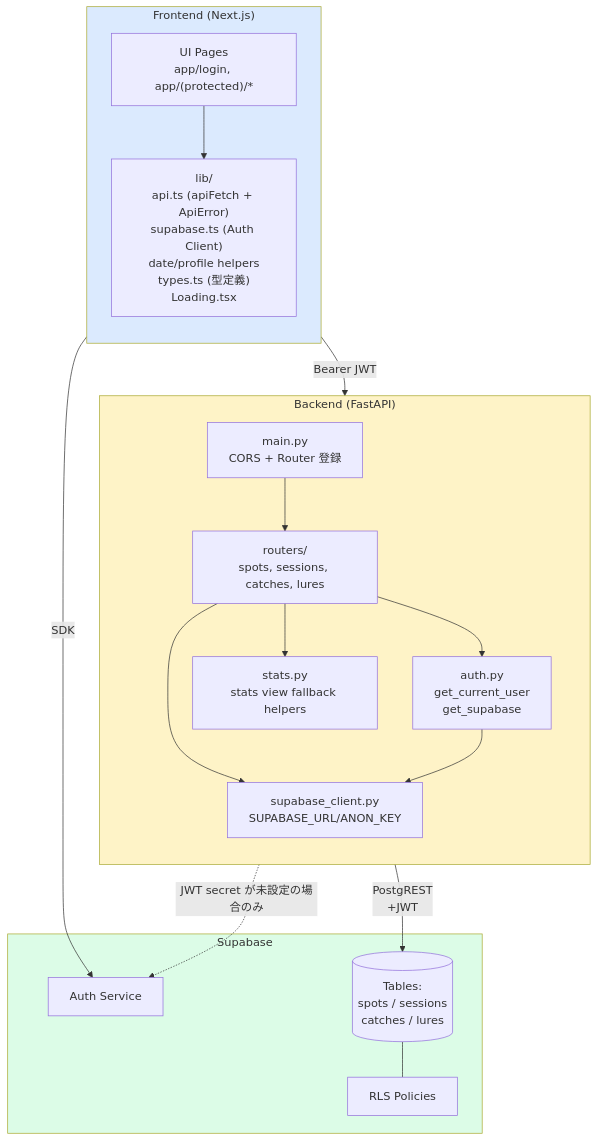
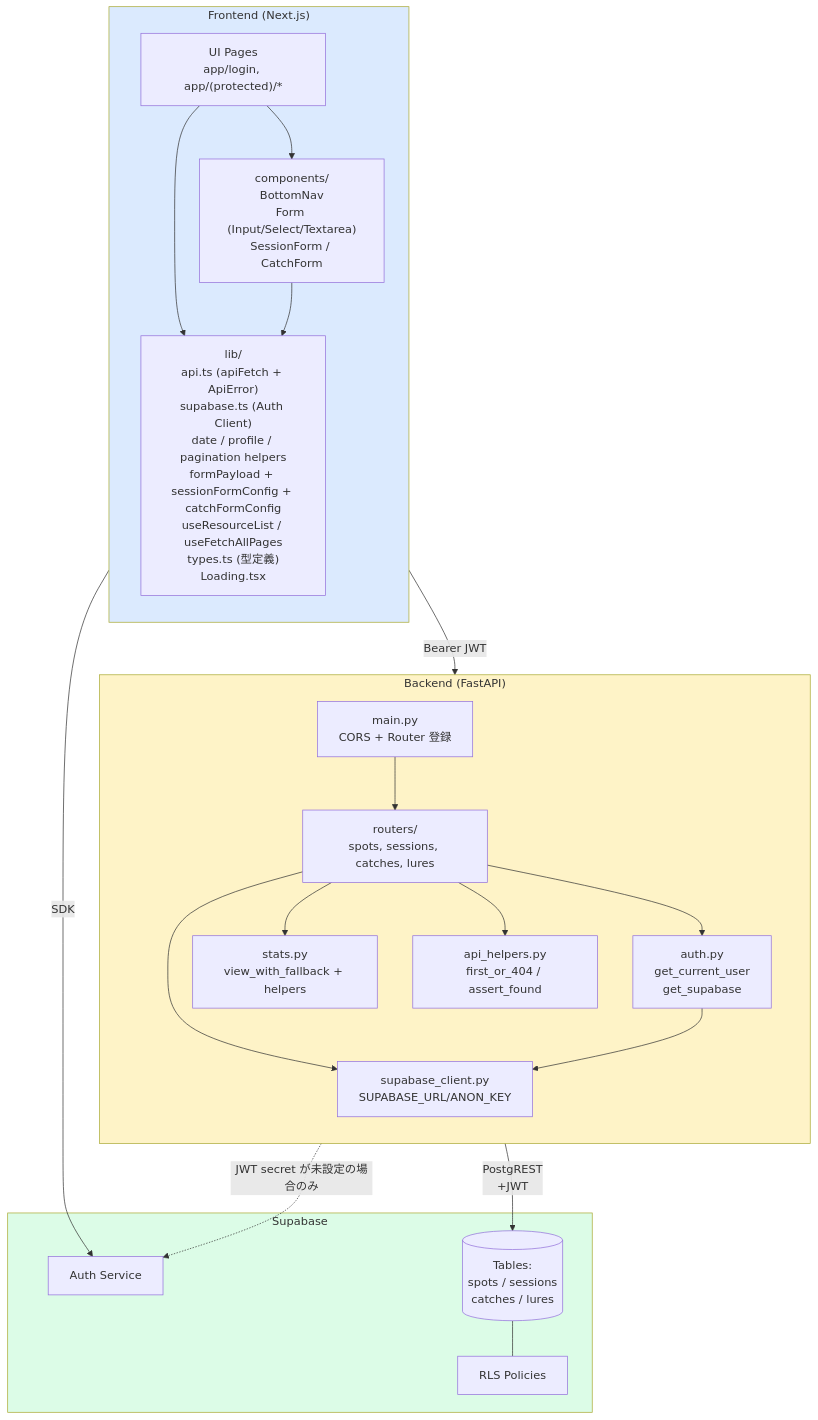
Before and after one commit to satoru-oka/catch-management: the fifth of 7 diagrams in docs/architecture.md, drawn with Mermaid. The commit also changed other lines of this file, not shown here.

First line of the commit message:
docs(architecture): reflect PR #63 / #64 refactors

````diff
--- a/docs/architecture.md
+++ b/docs/architecture.md
@@ -115,39 +115,44 @@
 ```mermaid
 flowchart TB
     subgraph Frontend["Frontend (Next.js)"]
         direction TB
         Pages["UI Pages<br/>app/login, app/(protected)/*"]
-        Lib["lib/<br/>api.ts (apiFetch + ApiError)<br/>supabase.ts (Auth Client)<br/>date/profile helpers<br/>types.ts (型定義)<br/>Loading.tsx"]
+        Lib["lib/<br/>api.ts (apiFetch + ApiError)<br/>supabase.ts (Auth Client)<br/>date / profile / pagination helpers<br/>formPayload + sessionFormConfig + catchFormConfig<br/>useResourceList / useFetchAllPages<br/>types.ts (型定義)<br/>Loading.tsx"]
+        Components["components/<br/>BottomNav<br/>Form (Input/Select/Textarea)<br/>SessionForm / CatchForm"]
         Pages --> Lib
+        Pages --> Components
+        Components --> Lib
     end
 
     subgraph Backend["Backend (FastAPI)"]
         direction TB
         Main["main.py<br/>CORS + Router 登録"]
         Routers["routers/<br/>spots, sessions, catches, lures"]
         AuthMod["auth.py<br/>get_current_user<br/>get_supabase"]
-        StatsMod["stats.py<br/>stats view fallback helpers"]
+        StatsMod["stats.py<br/>view_with_fallback + helpers"]
+        ApiHelpers["api_helpers.py<br/>first_or_404 / assert_found"]
         DBMod["supabase_client.py<br/>SUPABASE_URL/ANON_KEY"]
         Main --> Routers
         Routers --> AuthMod
         Routers --> StatsMod
+        Routers --> ApiHelpers
         Routers --> DBMod
         AuthMod --> DBMod
     end
 
     subgraph Supabase["Supabase"]
         SBAuth["Auth Service"]
         Tables[("Tables:<br/>spots / sessions<br/>catches / lures")]
         RLS["RLS Policies"]
         Tables --- RLS
     end
 
     Frontend -->|"Bearer JWT"| Backend
     Frontend -->|"SDK"| SBAuth
     Backend -.->|"JWT secret が未設定の場合のみ"| SBAuth
     Backend -->|"PostgREST<br/>+JWT"| Tables
 
     style Frontend fill:#dbeafe
     style Backend fill:#fef3c7
     style Supabase fill:#dcfce7
 ```
````
